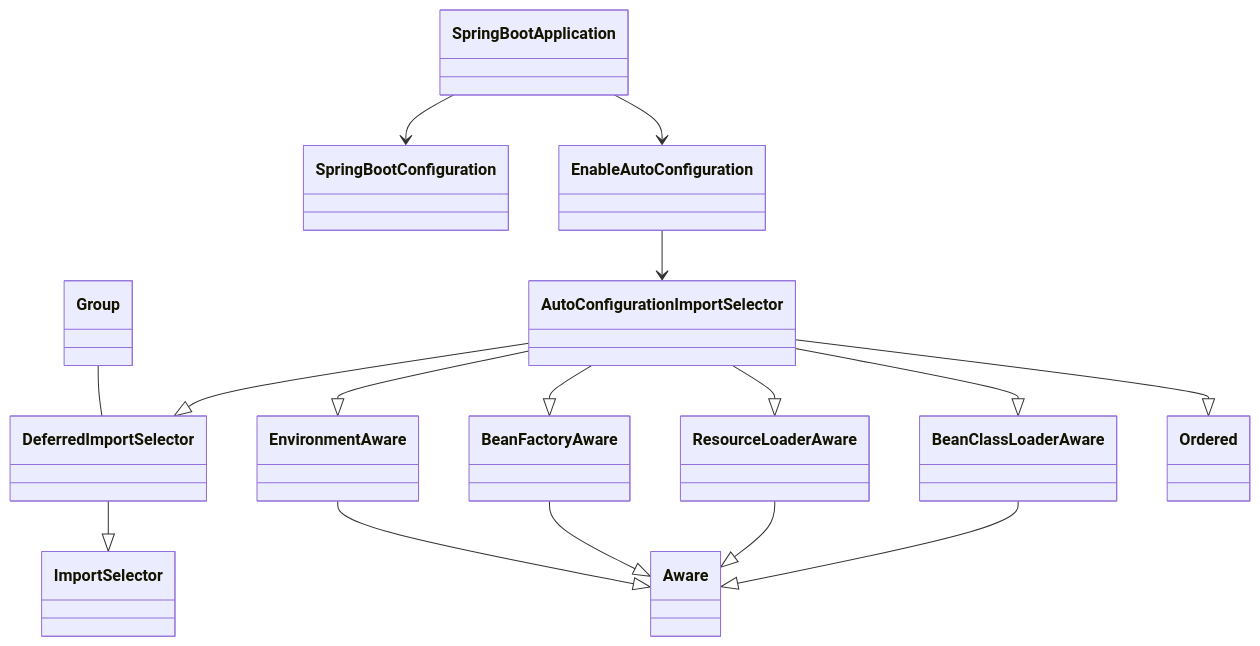
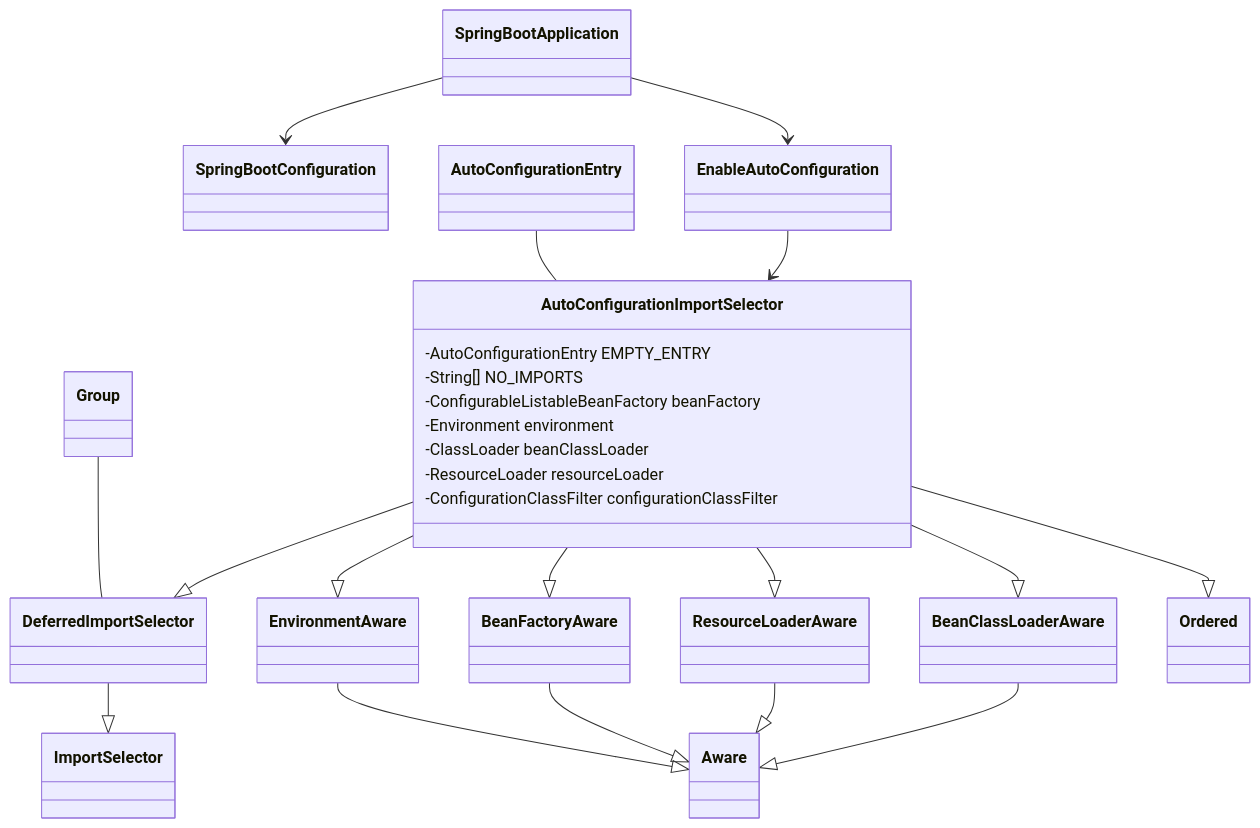
Before and after one commit to devopssecotw/devopssecotw.github.io: the sixth of 8 diagrams in dikw/info/di-src/di-src-spring/di-src-spring-boot.md, drawn with Mermaid. The commit also changed other lines of this file and 4 other files, not shown here.

````diff
--- a/dikw/info/di-src/di-src-spring/di-src-spring-boot.md
+++ b/dikw/info/di-src/di-src-spring/di-src-spring-boot.md
@@ -2,30 +100,41 @@
 ```mermaid
 classDiagram
     SpringBootApplication --> SpringBootConfiguration
     SpringBootApplication --> EnableAutoConfiguration
 
 
     EnableAutoConfiguration --> AutoConfigurationImportSelector
 
 
     AutoConfigurationImportSelector --|> DeferredImportSelector
     AutoConfigurationImportSelector --|> BeanClassLoaderAware
     AutoConfigurationImportSelector --|> ResourceLoaderAware
     AutoConfigurationImportSelector --|> BeanFactoryAware
     AutoConfigurationImportSelector --|> EnvironmentAware
     AutoConfigurationImportSelector --|> Ordered 
 
+    AutoConfigurationEntry -- AutoConfigurationImportSelector
+
+    class AutoConfigurationImportSelector
+   AutoConfigurationImportSelector :-AutoConfigurationEntry EMPTY_ENTRY 
+   AutoConfigurationImportSelector :-String[] NO_IMPORTS
+    AutoConfigurationImportSelector :-ConfigurableListableBeanFactory beanFactory
+    AutoConfigurationImportSelector :-Environment environment
+    AutoConfigurationImportSelector :-ClassLoader beanClassLoader
+    AutoConfigurationImportSelector :-ResourceLoader resourceLoader
+    AutoConfigurationImportSelector :-ConfigurationClassFilter configurationClassFilter
 
 
     DeferredImportSelector --|> ImportSelector
     Group --DeferredImportSelector
 
 
     BeanClassLoaderAware --|> Aware
 
     ResourceLoaderAware --|> Aware
 
     BeanFactoryAware --|> Aware
 
     EnvironmentAware --|> Aware
+
 ```
````
